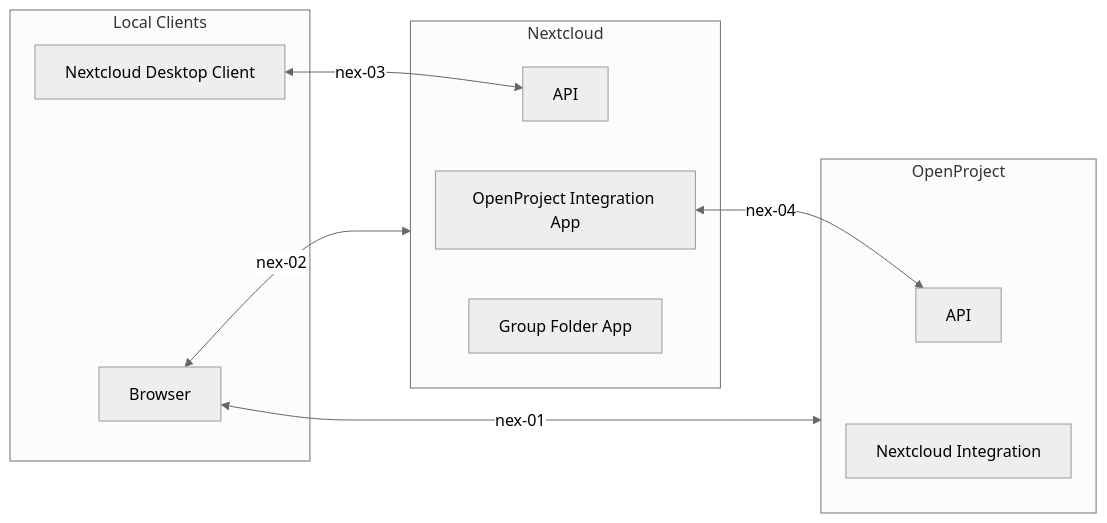
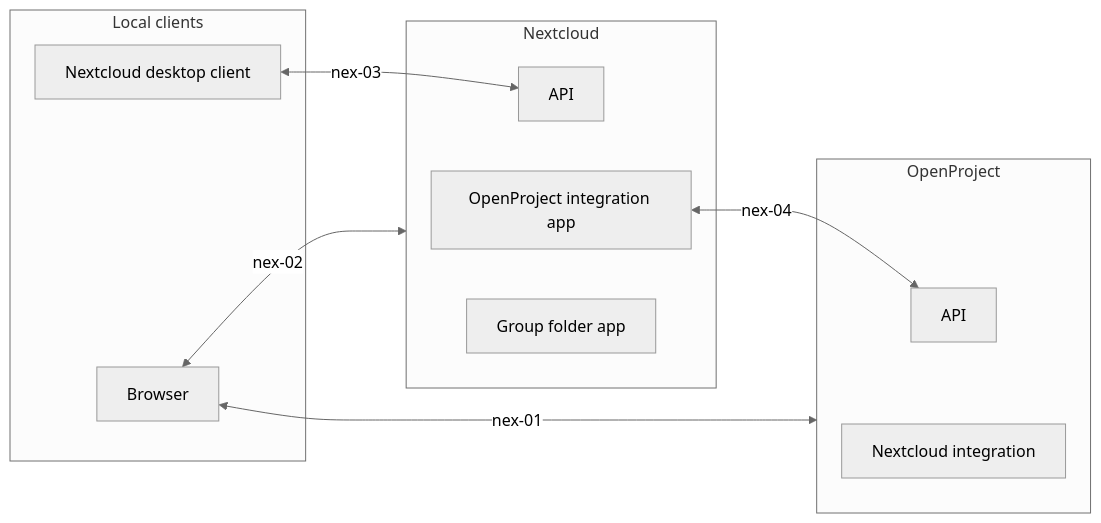
Before and after one commit to opf/openproject: the fifth of 7 diagrams in docs/development/data-flow/README.md, drawn with Mermaid. The commit also changed other lines of this file, not shown here.

Commit message:
Adding api integrations to the data flow docs and minor harmonizations

````diff
--- a/docs/development/data-flow/README.md
+++ b/docs/development/data-flow/README.md
@@ -415,26 +415,26 @@
 ```mermaid
 %%{init: {'theme':'neutral'}}%%
 flowchart LR
   Browser <--> |nex-01| openproject
   Browser <-->|nex-02| nextcloud
-  nextclouddesktopclient[Nextcloud Desktop Client] <-->|nex-03| nextcloudapi
+  nextclouddesktopclient[Nextcloud desktop client] <-->|nex-03| nextcloudapi
   appopenprojectintegration <-->|nex-04| openprojectapi
   
-  subgraph local[Local Clients]
+  subgraph local[Local clients]
   	Browser
   	nextclouddesktopclient
    end
 
 subgraph openproject[OpenProject]
    
-  	opnextcloudintegrattion[Nextcloud Integration]
+  	opnextcloudintegrattion[Nextcloud integration]
   	openprojectapi[API]
   		end
 
   subgraph nextcloud[Nextcloud]
-  	groupfolder[Group Folder App]
-  	appopenprojectintegration[OpenProject Integration App]
+  	groupfolder[Group folder app]
+  	appopenprojectintegration[OpenProject integration app]
   	nextcloudapi[API]
 	end 
   
 ```
````
